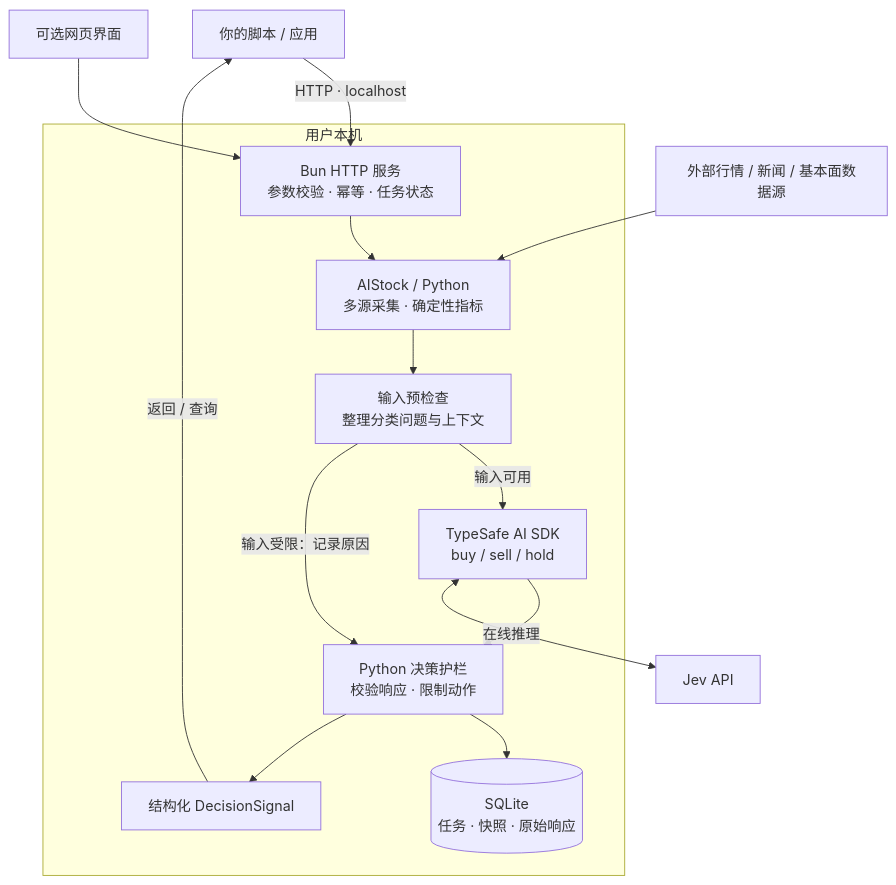
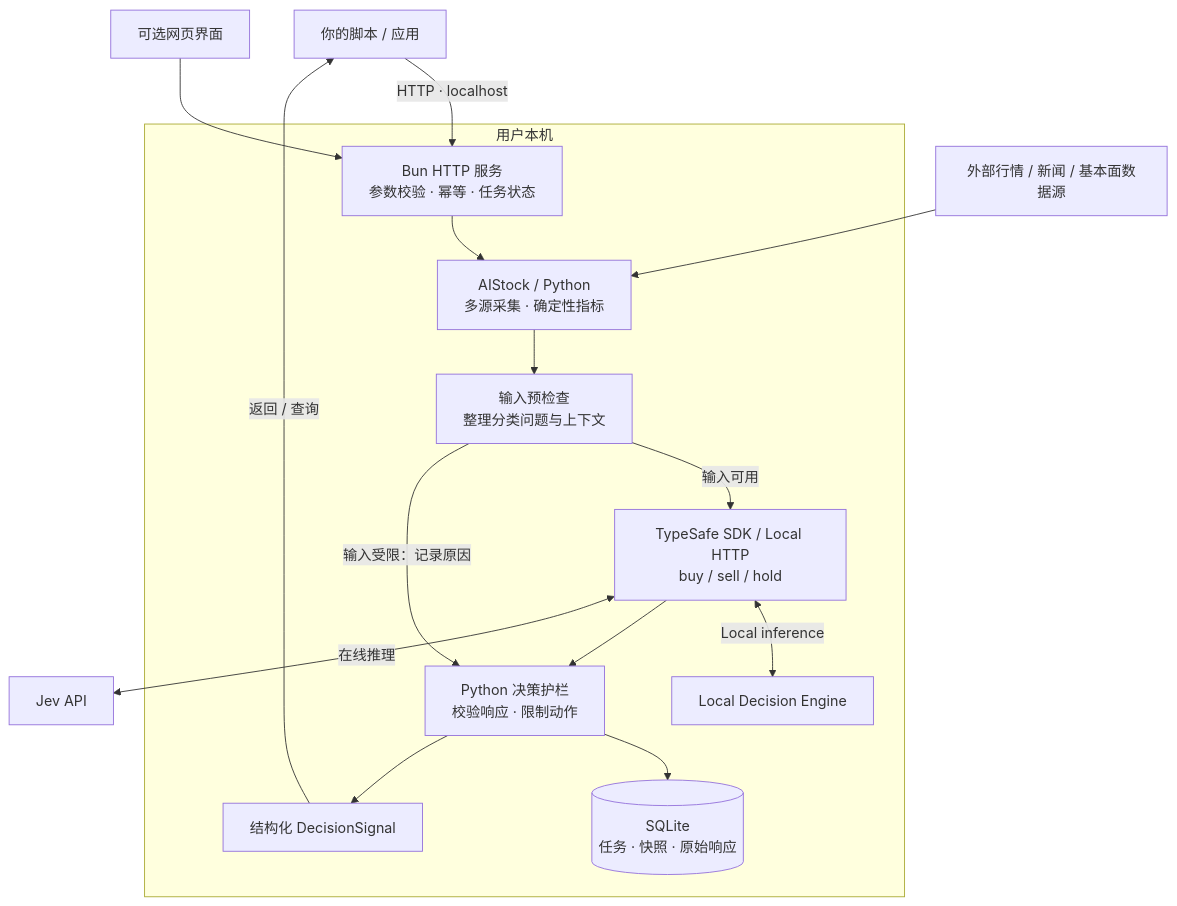
One commit to EthanAlgoX/jev-trading changed the second of 2 diagrams in README.md. Above: the diagram before and after it, drawn with Mermaid. The commit also changed other lines of this file and 30 other files, not shown here.

Commit message:
feat: unify cloud and local inference with multilingual guides

````diff
--- a/README.md
+++ b/README.md
@@ -298,22 +354,24 @@
 ```mermaid
 flowchart TD
     Client["你的脚本 / 应用"] -->|"HTTP · localhost"| API
     UI["可选网页界面"] --> API
     subgraph Local["用户本机"]
         API["Bun HTTP 服务<br/>参数校验 · 幂等 · 任务状态"]
         Collect["AIStock / Python<br/>多源采集 · 确定性指标"]
         Pre["输入预检查<br/>整理分类问题与上下文"]
-        SDK["TypeSafe AI SDK<br/>buy / sell / hold"]
+        SDK["TypeSafe SDK / Local HTTP<br/>buy / sell / hold"]
+        LocalEngine["Local Decision Engine"]
+        SDK <-->|"Local inference"| LocalEngine
         Policy["Python 决策护栏<br/>校验响应 · 限制动作"]
         DB[("SQLite<br/>任务 · 快照 · 原始响应")]
         Result["结构化 DecisionSignal"]
         API --> Collect --> Pre
         Pre -->|"输入可用"| SDK
         Pre -->|"输入受限：记录原因"| Policy
         SDK --> Policy --> DB
         Policy --> Result
     end
     Sources["外部行情 / 新闻 / 基本面数据源"] --> Collect
     SDK <-->|"在线推理"| Jev["Jev API"]
     Result -->|"返回 / 查询"| Client
 ```
````
